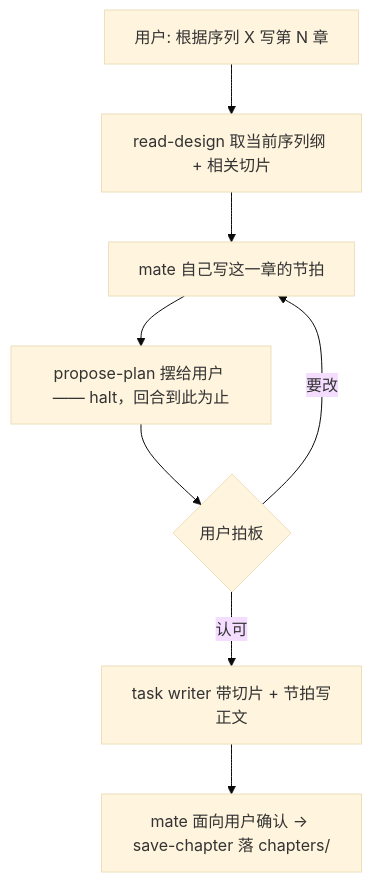
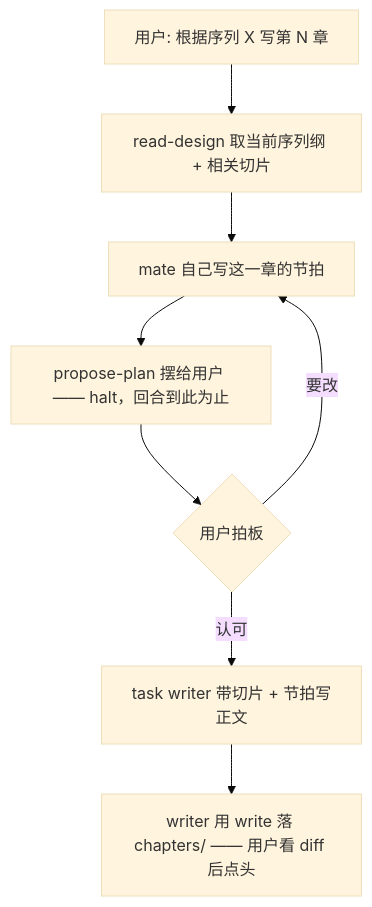
Before and after one commit to Sunshine334419520/talemate: the diagram in docs/design-docs.md, drawn with Mermaid (base theme). The commit also changed other lines of this file and 50 other files, not shown here.

````diff
--- a/docs/design-docs.md
+++ b/docs/design-docs.md
@@ -68,10 +77,10 @@
 ```mermaid
 flowchart TD
     W[用户: 根据序列 X 写第 N 章] --> W1[read-design 取当前序列纲 + 相关切片]
     W1 --> W2[mate 自己写这一章的节拍]
     W2 --> W3[propose-plan 摆给用户 —— halt，回合到此为止]
     W3 --> W4{用户拍板}
     W4 -- 要改 --> W2
     W4 -- 认可 --> W5[task writer 带切片 + 节拍写正文]
-    W5 --> W6[mate 面向用户确认 → save-chapter 落 chapters/]
+    W5 --> W6[writer 用 write 落 chapters/ —— 用户看 diff 后点头]
 ```
````
